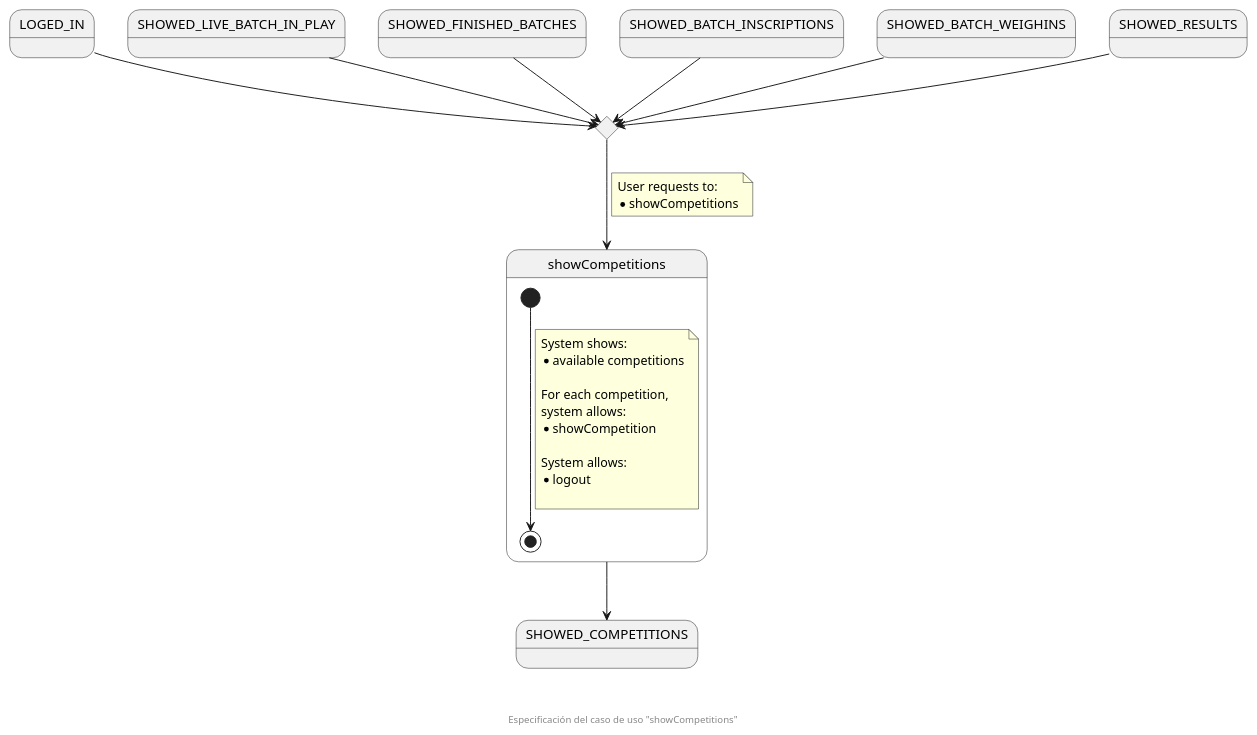
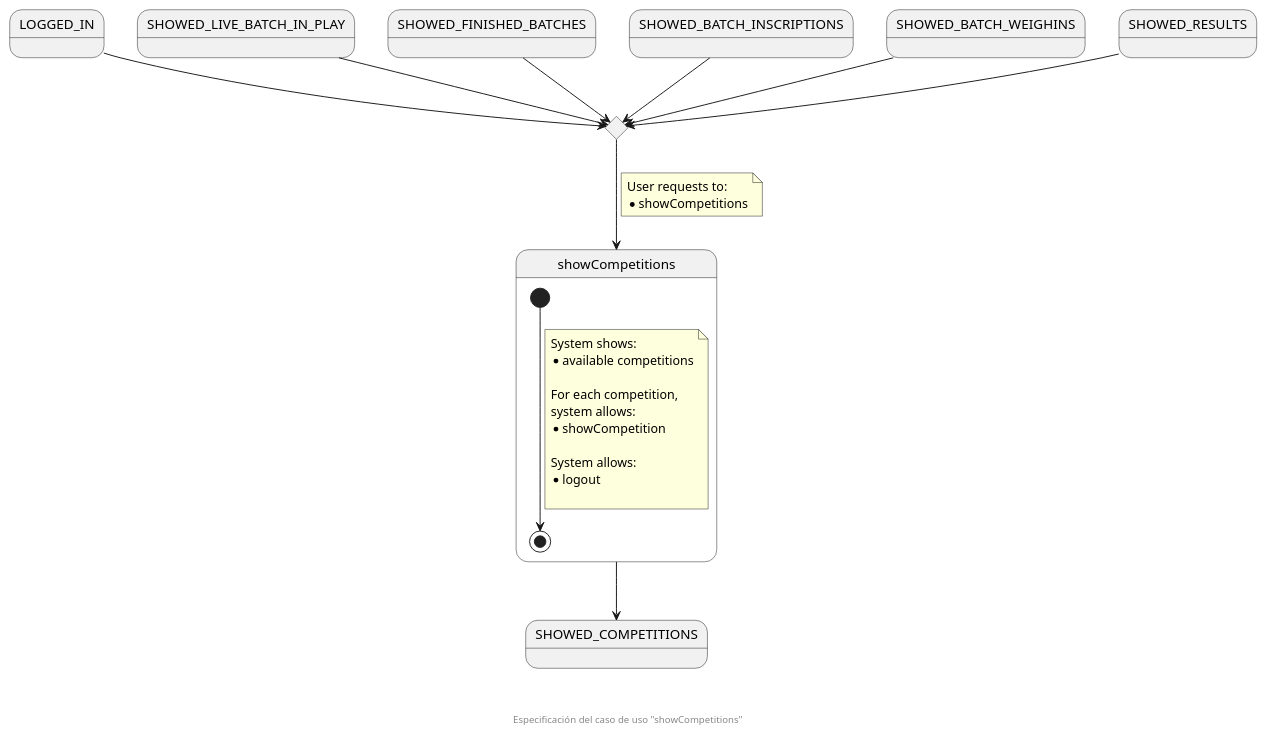
The diagram in documentation/diagrams/1_requirements/3_useCasesSpecification/spectator/1_showCompetitions.puml (zuldare/mastercloud_pfm_halterocms), drawn with PlantUML before and after one commit. The commit also changed 5 other files, not shown here.

```diff
--- a/documentation/diagrams/1_requirements/3_useCasesSpecification/spectator/1_showCompetitions.puml
+++ b/documentation/diagrams/1_requirements/3_useCasesSpecification/spectator/1_showCompetitions.puml
@@ -1,43 +1,43 @@
 @startuml
-state LOGED_IN
+state LOGGED_IN
 state SHOWED_LIVE_BATCH_IN_PLAY
 state SHOWED_FINISHED_BATCHES
 state SHOWED_BATCH_INSCRIPTIONS
 state SHOWED_BATCH_WEIGHINS
 state SHOWED_RESULTS
 
 state enterCompetition <<choice>>
 
 
-LOGED_IN  --> enterCompetition
+LOGGED_IN  --> enterCompetition
 SHOWED_LIVE_BATCH_IN_PLAY  --> enterCompetition
 SHOWED_FINISHED_BATCHES  --> enterCompetition
 SHOWED_BATCH_INSCRIPTIONS  --> enterCompetition
 SHOWED_BATCH_WEIGHINS  --> enterCompetition
 SHOWED_RESULTS  --> enterCompetition
 enterCompetition --> showCompetitions
 note on link
   User requests to:
   * showCompetitions
 end note
 
 state showCompetitions {
   [*] --> [*]
   note on link
     System shows:
     * available competitions
 
     For each competition, 
     system allows:
     * showCompetition
 
     System allows:
     * logout
 
   end note
 }
 state SHOWED_COMPETITIONS
 showCompetitions --> SHOWED_COMPETITIONS
 
 footer \n\n\n Especificación del caso de uso "showCompetitions"
 @enduml
```
